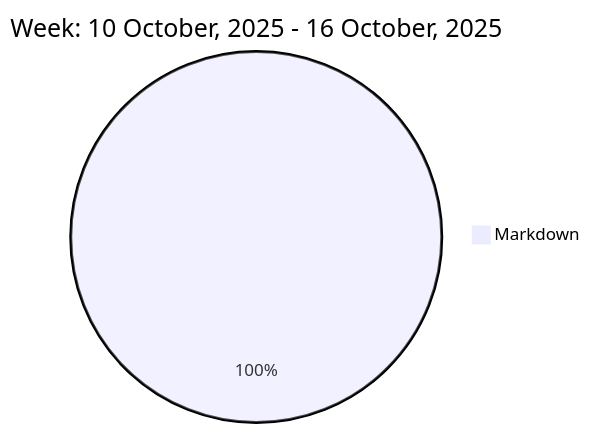
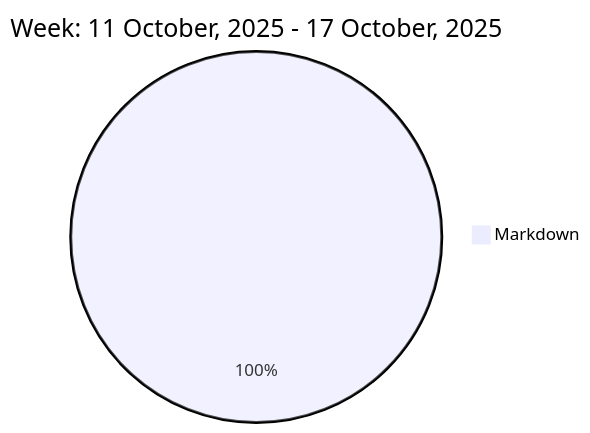
One commit to liubin95/liubin95 changed the diagram in README.md. Above: the diagram before and after it, drawn with Mermaid.

Commit message:
Updated the Graph with new Metrics

````diff
--- a/README.md
+++ b/README.md
@@ -37,5 +37,5 @@
 ```mermaid
  pie
-title Week: 10 October, 2025 - 16 October, 2025
- "Markdown" : 2.43
+title Week: 11 October, 2025 - 17 October, 2025
+ "Markdown" : 2.33
 ```
````
